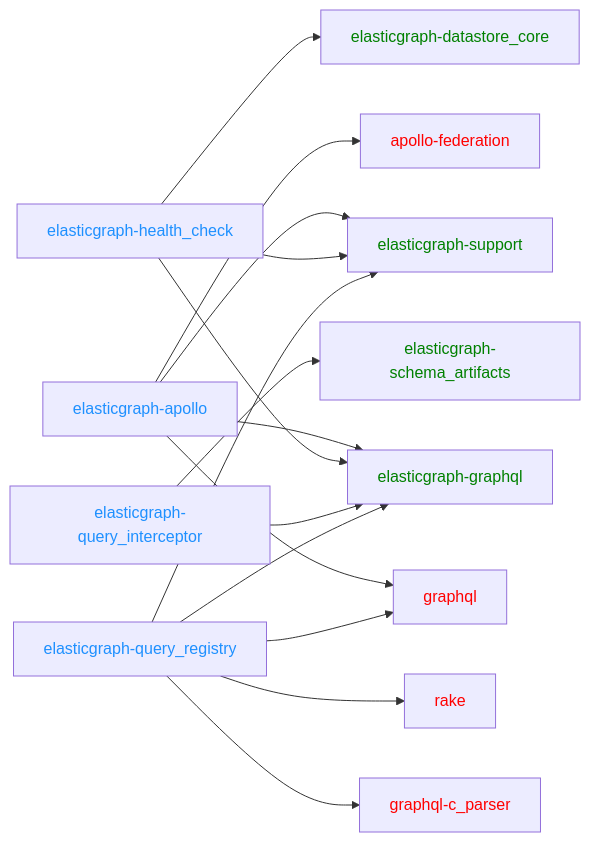
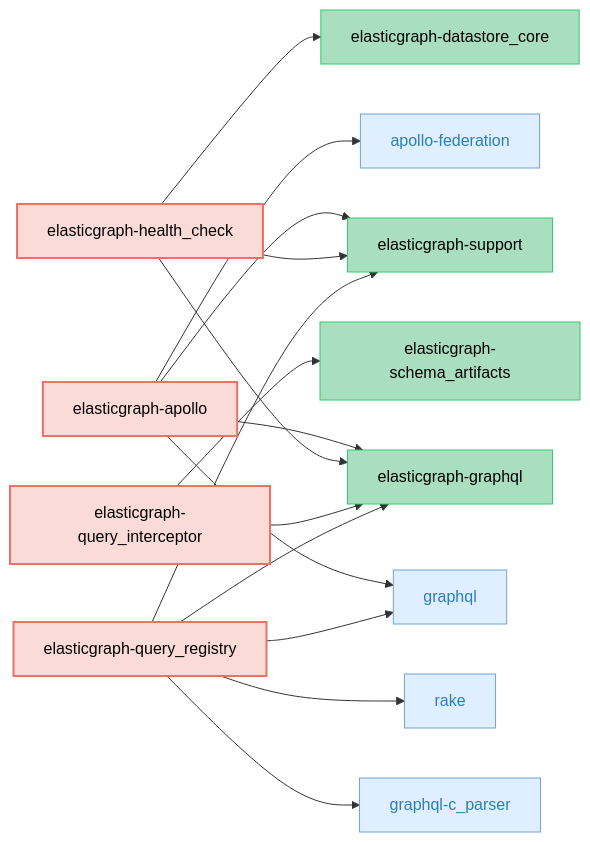
The third of 5 diagrams in CODEBASE_OVERVIEW.md (ciaran51/elasticgraph), drawn with Mermaid before and after one commit. The commit also changed other lines of this file and 48 other files, not shown here.

First line of the commit message:
Maintain a dependency diagram on each gem README. (#620)

````diff
--- a/CODEBASE_OVERVIEW.md
+++ b/CODEBASE_OVERVIEW.md
@@ -109,23 +172,48 @@
 ```mermaid
 graph LR;
-    elasticgraph-apollo --> elasticgraph-graphql & elasticgraph-support & graphql & apollo-federation
-    elasticgraph-health_check --> elasticgraph-datastore_core & elasticgraph-graphql & elasticgraph-support
-    elasticgraph-query_interceptor --> elasticgraph-graphql & elasticgraph-schema_artifacts
-    elasticgraph-query_registry --> elasticgraph-graphql & elasticgraph-support & graphql & graphql-c_parser & rake
-    style elasticgraph-apollo color: DodgerBlue;
-    style elasticgraph-health_check color: DodgerBlue;
-    style elasticgraph-query_interceptor color: DodgerBlue;
-    style elasticgraph-query_registry color: DodgerBlue;
-    style elasticgraph-graphql color: Green;
-    style elasticgraph-support color: Green;
-    style graphql color: Red;
-    style apollo-federation color: Red;
-    style elasticgraph-datastore_core color: Green;
-    style elasticgraph-schema_artifacts color: Green;
-    style graphql-c_parser color: Red;
-    style rake color: Red;
-click apollo-federation href "https://rubygems.org/gems/apollo-federation"
-click graphql href "https://rubygems.org/gems/graphql"
-click graphql-c_parser href "https://rubygems.org/gems/graphql-c_parser"
-click rake href "https://rubygems.org/gems/rake"
+    classDef targetGemStyle fill:#FADBD8,stroke:#EC7063,color:#000,stroke-width:2px;
+    classDef otherEgGemStyle fill:#A9DFBF,stroke:#2ECC71,color:#000;
+    classDef externalGemCatStyle fill:#E0EFFF,stroke:#70A1D7,color:#2980B9;
+    elasticgraph-apollo["elasticgraph-apollo"];
+    elasticgraph-graphql["elasticgraph-graphql"];
+    elasticgraph-support["elasticgraph-support"];
+    graphql["graphql"];
+    apollo-federation["apollo-federation"];
+    elasticgraph-health_check["elasticgraph-health_check"];
+    elasticgraph-datastore_core["elasticgraph-datastore_core"];
+    elasticgraph-query_interceptor["elasticgraph-query_interceptor"];
+    elasticgraph-schema_artifacts["elasticgraph-schema_artifacts"];
+    elasticgraph-query_registry["elasticgraph-query_registry"];
+    graphql-c_parser["graphql-c_parser"];
+    rake["rake"];
+    elasticgraph-apollo --> elasticgraph-graphql;
+    elasticgraph-apollo --> elasticgraph-support;
+    elasticgraph-apollo --> graphql;
+    elasticgraph-apollo --> apollo-federation;
+    elasticgraph-health_check --> elasticgraph-datastore_core;
+    elasticgraph-health_check --> elasticgraph-graphql;
+    elasticgraph-health_check --> elasticgraph-support;
+    elasticgraph-query_interceptor --> elasticgraph-graphql;
+    elasticgraph-query_interceptor --> elasticgraph-schema_artifacts;
+    elasticgraph-query_registry --> elasticgraph-graphql;
+    elasticgraph-query_registry --> elasticgraph-support;
+    elasticgraph-query_registry --> graphql;
+    elasticgraph-query_registry --> graphql-c_parser;
+    elasticgraph-query_registry --> rake;
+    class elasticgraph-apollo targetGemStyle;
+    class elasticgraph-graphql otherEgGemStyle;
+    class elasticgraph-support otherEgGemStyle;
+    class graphql externalGemCatStyle;
+    class apollo-federation externalGemCatStyle;
+    class elasticgraph-health_check targetGemStyle;
+    class elasticgraph-datastore_core otherEgGemStyle;
+    class elasticgraph-query_interceptor targetGemStyle;
+    class elasticgraph-schema_artifacts otherEgGemStyle;
+    class elasticgraph-query_registry targetGemStyle;
+    class graphql-c_parser externalGemCatStyle;
+    class rake externalGemCatStyle;
+    click graphql href "https://rubygems.org/gems/graphql" "Open on RubyGems.org" _blank;
+    click apollo-federation href "https://rubygems.org/gems/apollo-federation" "Open on RubyGems.org" _blank;
+    click graphql-c_parser href "https://rubygems.org/gems/graphql-c_parser" "Open on RubyGems.org" _blank;
+    click rake href "https://rubygems.org/gems/rake" "Open on RubyGems.org" _blank;
 ```
````
